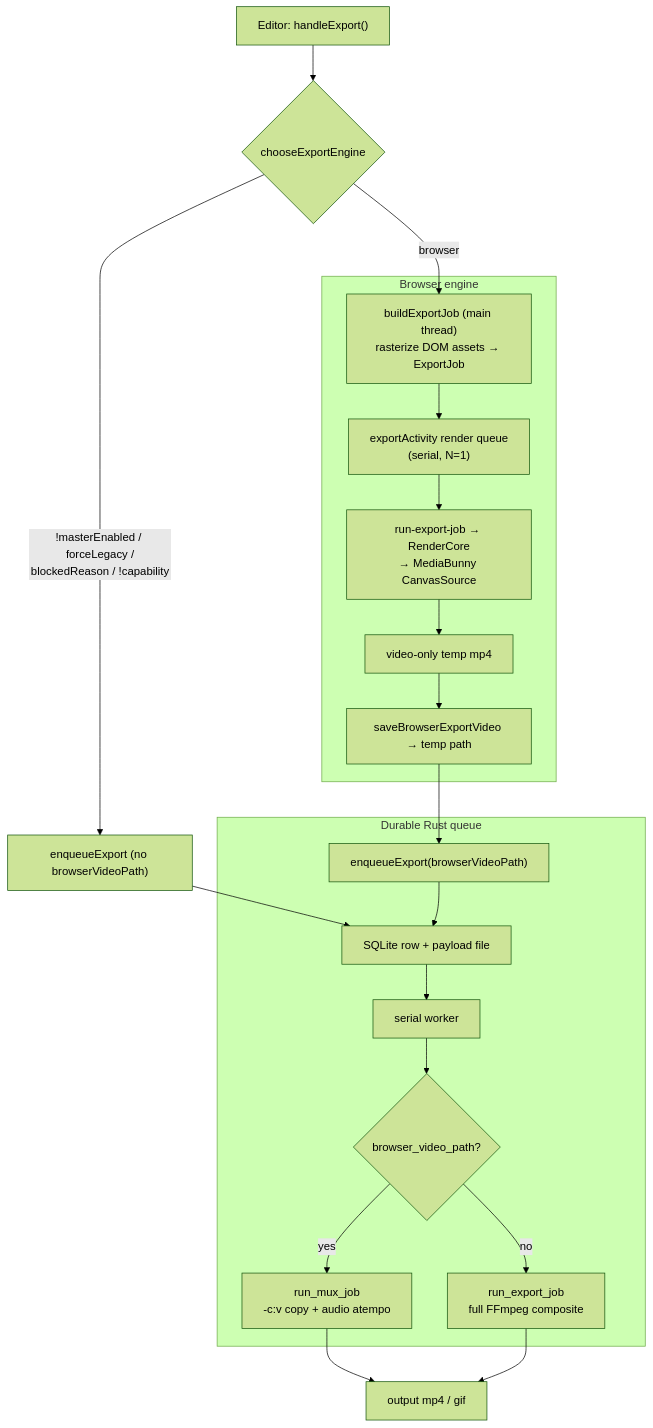
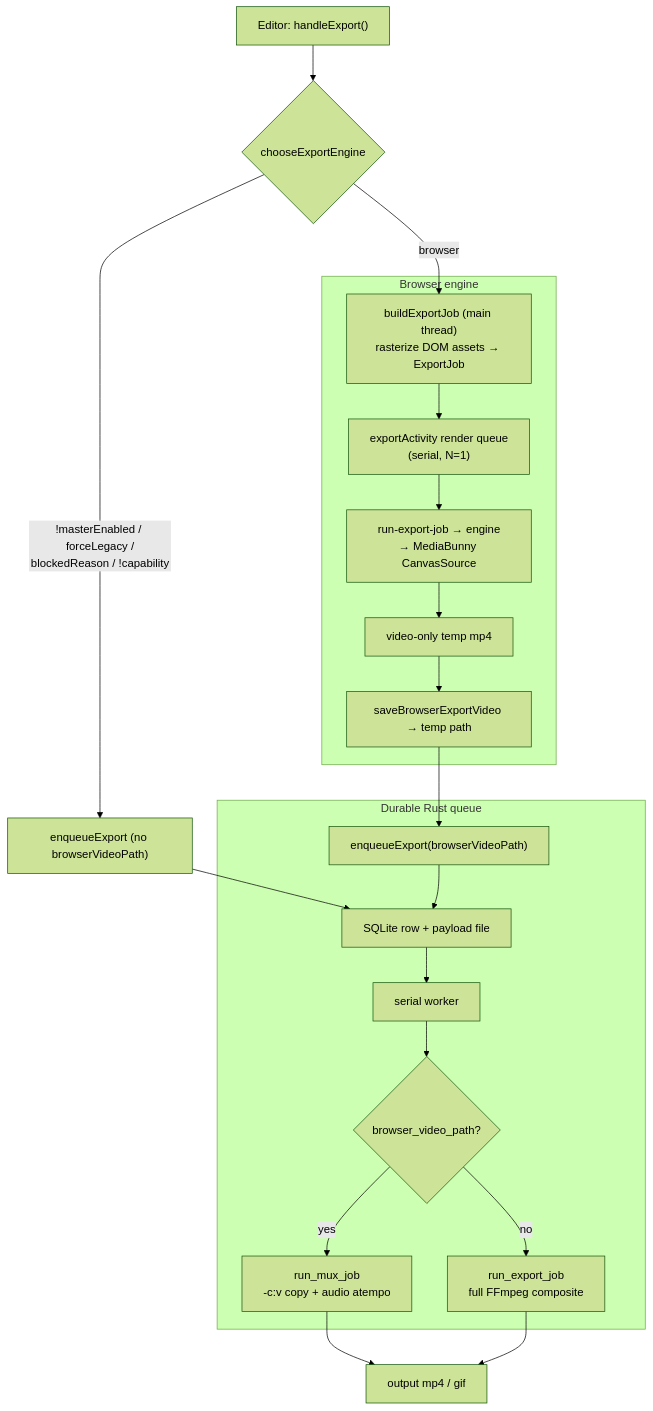
Before and after one commit to kanakkholwal/recast: the first of 2 diagrams in apps/web/content/architecture/export-pipeline.md, drawn with Mermaid (forest theme). The commit also changed other lines of this file and 398 other files, not shown here.

````diff
--- a/apps/web/content/architecture/export-pipeline.md
+++ b/apps/web/content/architecture/export-pipeline.md
@@ -55,27 +55,27 @@
 ```mermaid
 flowchart TD
     trigger["Editor: handleExport()"] --> decide{chooseExportEngine}
     decide -->|"!masterEnabled / forceLegacy /<br/>blockedReason / !capability"| rustPath
     decide -->|browser| buildJob["buildExportJob (main thread)<br/>rasterize DOM assets → ExportJob"]
 
     subgraph browserPath["Browser engine"]
         buildJob --> renderQ["exportActivity render queue<br/>(serial, N=1)"]
-        renderQ --> render["run-export-job → RenderCore<br/>→ MediaBunny CanvasSource"]
+        renderQ --> render["run-export-job → engine<br/>→ MediaBunny CanvasSource"]
         render --> tempmp4["video-only temp mp4"]
         tempmp4 --> save["saveBrowserExportVideo → temp path"]
     end
 
     save --> enqueue["enqueueExport(browserVideoPath)"]
     rustPath["enqueueExport (no browserVideoPath)"] --> queue
 
     subgraph rustQueue["Durable Rust queue"]
         enqueue --> queue["SQLite row + payload file"]
         queue --> worker["serial worker"]
         worker --> branch{browser_video_path?}
         branch -->|yes| mux["run_mux_job<br/>-c:v copy + audio atempo"]
         branch -->|no| composite["run_export_job<br/>full FFmpeg composite"]
     end
 
     mux --> out["output mp4 / gif"]
     composite --> out
 ```
````
